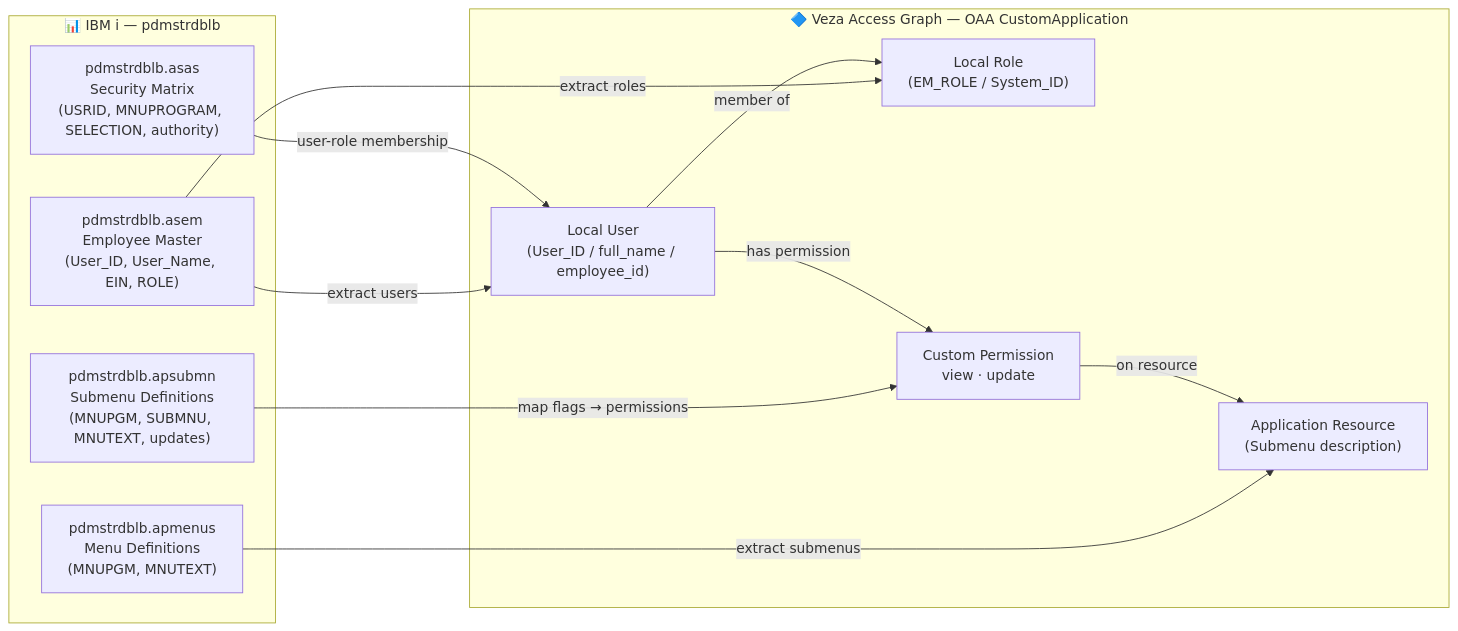
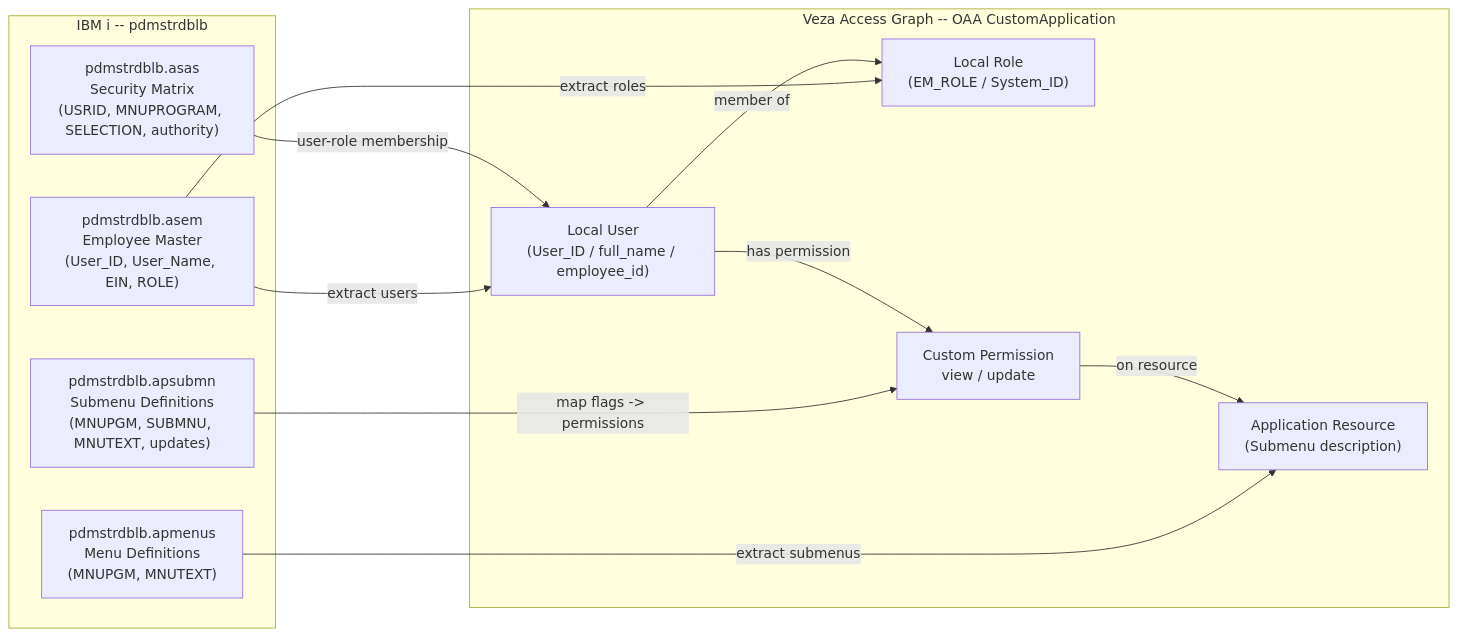
One commit to andrewmusto-git/Board-Sales-Invoicing changed the diagram in integrations/board-sales-invoicing/README.md. Above: the diagram before and after it, drawn with Mermaid. The commit also changed other lines of this file and 5 other files, not shown here.

````diff
--- a/integrations/board-sales-invoicing/README.md
+++ b/integrations/board-sales-invoicing/README.md
@@ -30,26 +30,26 @@
 ```mermaid
 graph LR
-    subgraph IBMi["📊 IBM i <your-ibmi-host> — pdmstrdblb"]
+    subgraph IBMi["IBM i -- pdmstrdblb"]
         ASEM["pdmstrdblb.asem\nEmployee Master\n(User_ID, User_Name, EIN, ROLE)"]
         ASAS["pdmstrdblb.asas\nSecurity Matrix\n(USRID, MNUPROGRAM, SELECTION, authority)"]
         APMENUS["pdmstrdblb.apmenus\nMenu Definitions\n(MNUPGM, MNUTEXT)"]
         APSUBMN["pdmstrdblb.apsubmn\nSubmenu Definitions\n(MNUPGM, SUBMNU, MNUTEXT, updates)"]
     end
 
-    subgraph Veza["🔷 Veza Access Graph — OAA CustomApplication"]
+    subgraph Veza["Veza Access Graph -- OAA CustomApplication"]
         LU["Local User\n(User_ID / full_name / employee_id)"]
         LR["Local Role\n(EM_ROLE / System_ID)"]
         AR["Application Resource\n(Submenu description)"]
-        CP["Custom Permission\nview · update"]
+        CP["Custom Permission\nview / update"]
     end
 
-    ASEM  -->|"extract users"| LU
-    ASEM  -->|"extract roles"| LR
-    ASAS  -->|"user-role membership"| LU
+    ASEM    -->|"extract users"| LU
+    ASEM    -->|"extract roles"| LR
+    ASAS    -->|"user-role membership"| LU
     APMENUS -->|"extract submenus"| AR
-    APSUBMN -->|"map flags → permissions"| CP
+    APSUBMN -->|"map flags -> permissions"| CP
 
     LU -->|"member of"| LR
     LU -->|"has permission"| CP
     CP -->|"on resource"| AR
 ```
````
